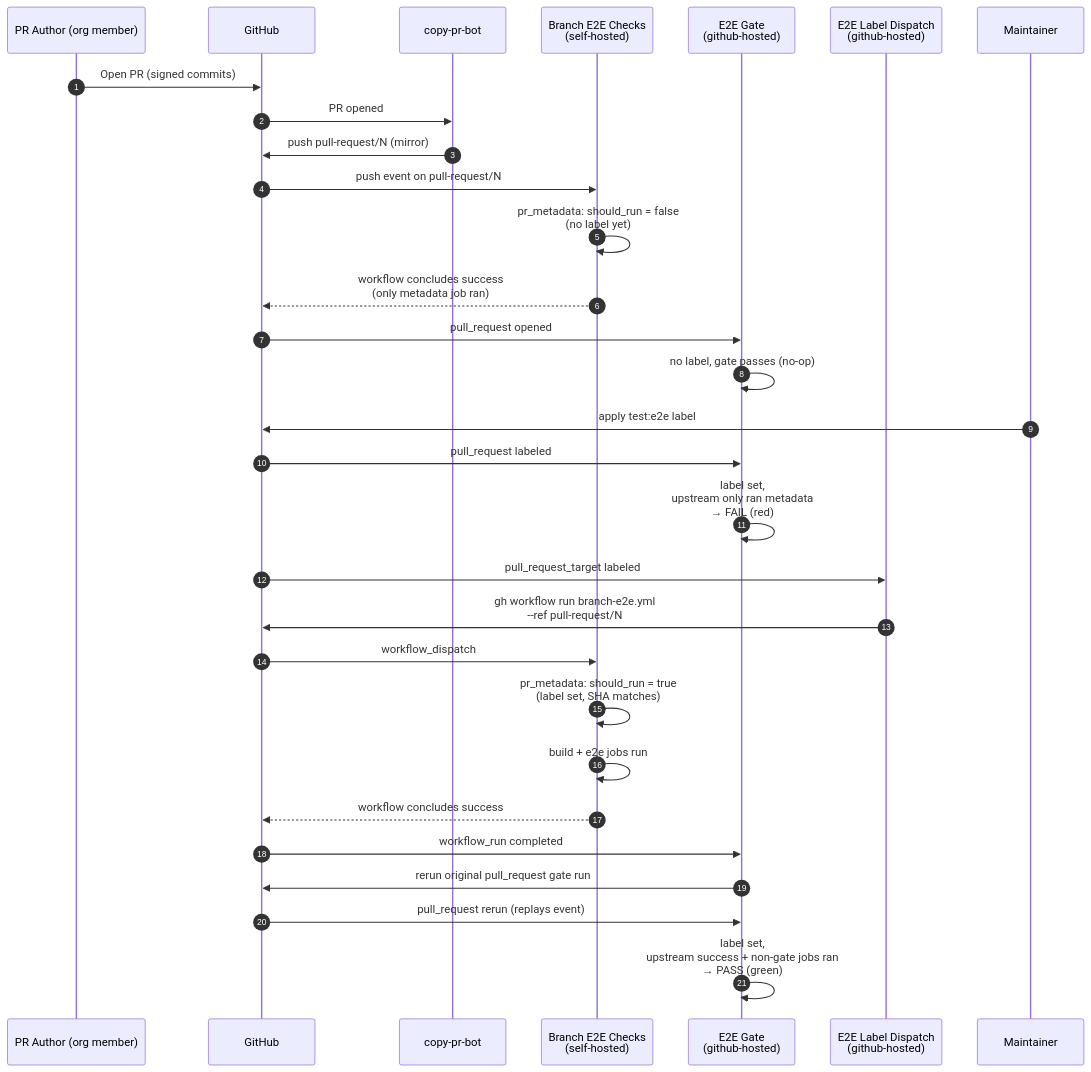
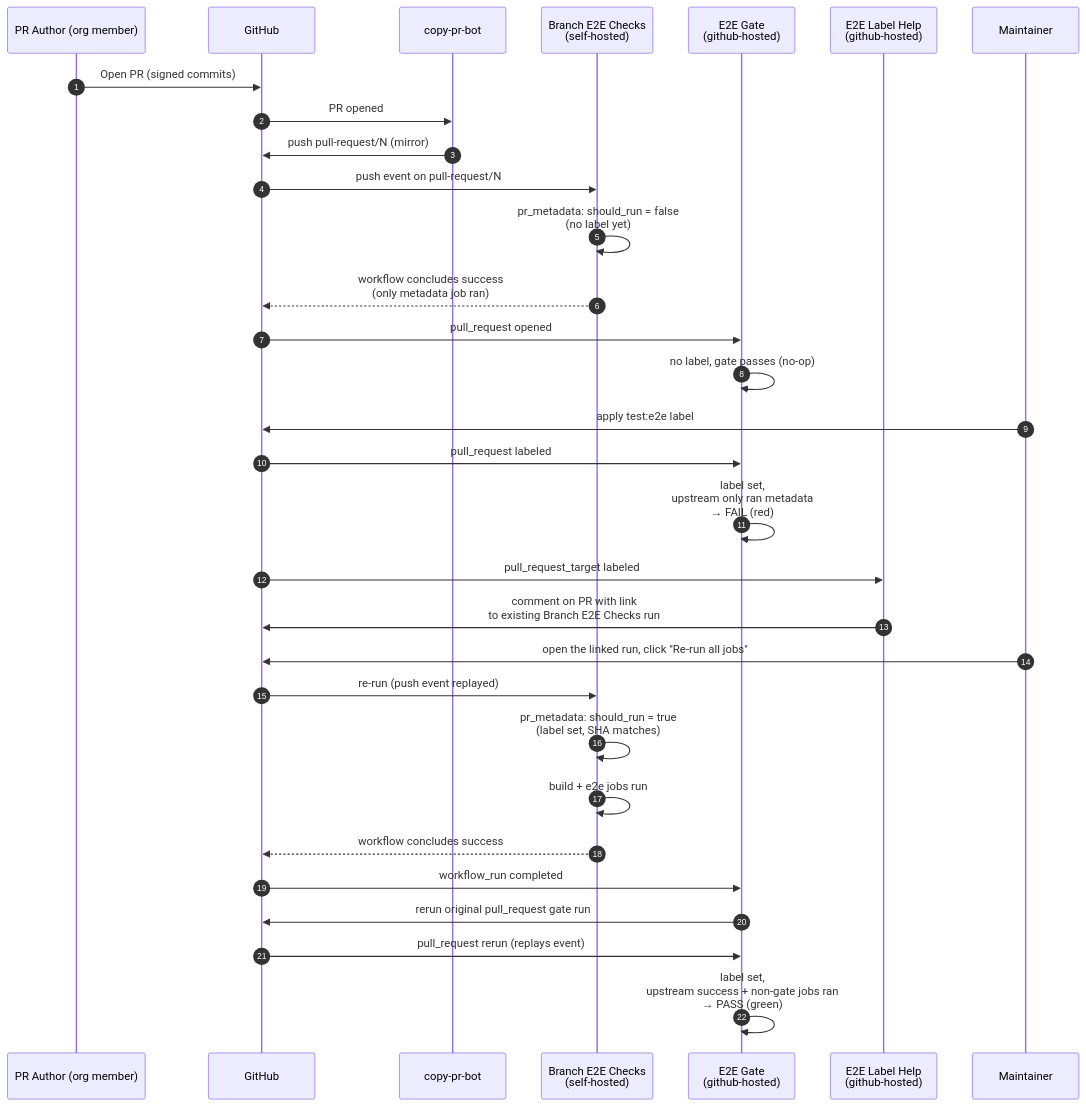
The first of 2 diagrams in architecture/ci-e2e.md (st-gr/OpenShell), drawn with Mermaid before and after one commit. The commit also changed other lines of this file and 3 other files, not shown here.

Commit message:
ci(e2e): replace label dispatcher with comment-only helper (#990)

````diff
--- a/architecture/ci-e2e.md
+++ b/architecture/ci-e2e.md
@@ -44,36 +44,37 @@
 ```mermaid
 sequenceDiagram
     autonumber
     participant Author as PR Author (org member)
     participant GH as GitHub
     participant Bot as copy-pr-bot
     participant BranchE2E as Branch E2E Checks<br/>(self-hosted)
     participant Gate as E2E Gate<br/>(github-hosted)
-    participant Dispatcher as E2E Label Dispatch<br/>(github-hosted)
+    participant Help as E2E Label Help<br/>(github-hosted)
     participant Maintainer
 
     Author->>GH: Open PR (signed commits)
     GH->>Bot: PR opened
     Bot->>GH: push pull-request/N (mirror)
     GH->>BranchE2E: push event on pull-request/N
     BranchE2E->>BranchE2E: pr_metadata: should_run = false<br/>(no label yet)
     BranchE2E-->>GH: workflow concludes success<br/>(only metadata job ran)
 
     GH->>Gate: pull_request opened
     Gate->>Gate: no label, gate passes (no-op)
 
     Maintainer->>GH: apply test:e2e label
     GH->>Gate: pull_request labeled
     Gate->>Gate: label set,<br/>upstream only ran metadata<br/>→ FAIL (red)
-    GH->>Dispatcher: pull_request_target labeled
-    Dispatcher->>GH: gh workflow run branch-e2e.yml<br/>--ref pull-request/N
-    GH->>BranchE2E: workflow_dispatch
+    GH->>Help: pull_request_target labeled
+    Help->>GH: comment on PR with link<br/>to existing Branch E2E Checks run
+    Maintainer->>GH: open the linked run, click "Re-run all jobs"
+    GH->>BranchE2E: re-run (push event replayed)
     BranchE2E->>BranchE2E: pr_metadata: should_run = true<br/>(label set, SHA matches)
     BranchE2E->>BranchE2E: build + e2e jobs run
 
     BranchE2E-->>GH: workflow concludes success
     GH->>Gate: workflow_run completed
     Gate->>GH: rerun original pull_request gate run
     GH->>Gate: pull_request rerun (replays event)
     Gate->>Gate: label set,<br/>upstream success + non-gate jobs ran<br/>→ PASS (green)
 ```
````
